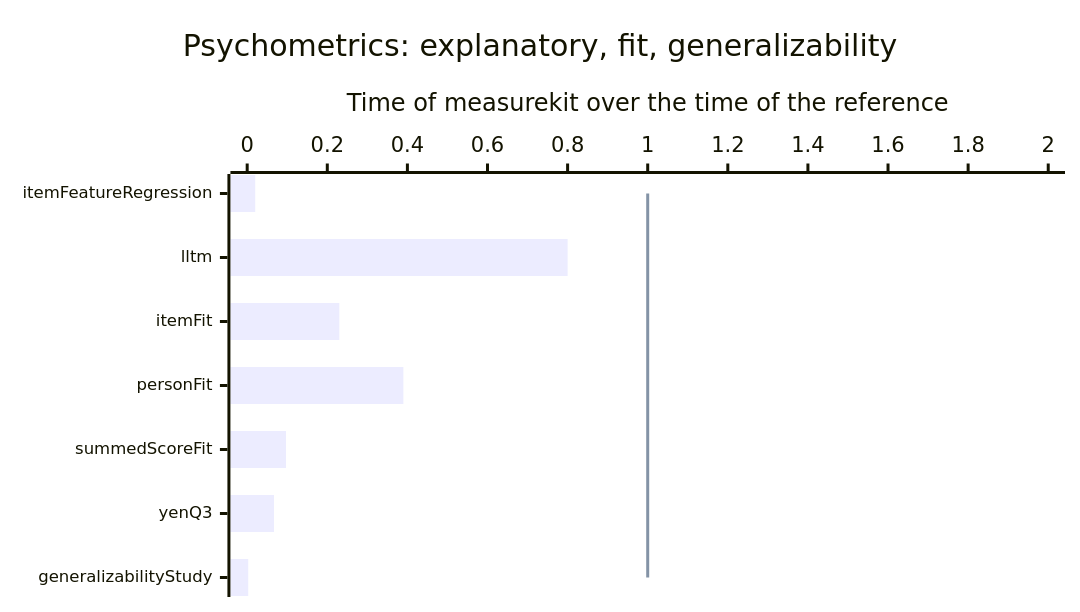
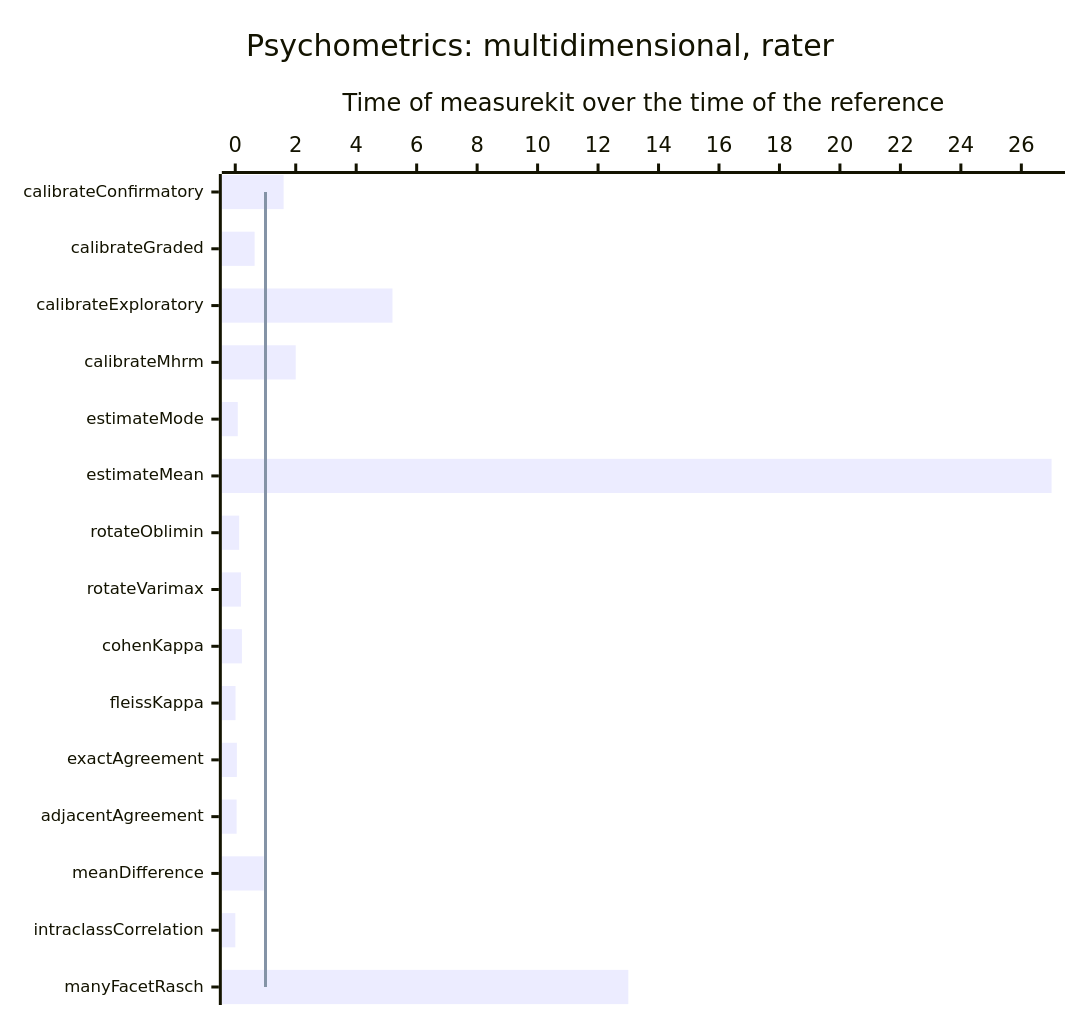
One commit to measurekit/measurekit changed the seventh of 11 diagrams in docs/performance.md. Above: the diagram before and after it, drawn with Mermaid. The commit also changed other lines of this file and 15 other files, not shown here.

Commit message:
Benchmark MH-RM, testlets and rater agreement

````diff
--- a/docs/performance.md
+++ b/docs/performance.md
@@ -73,9 +73,9 @@
 ```mermaid
-%%{init: {"xyChart": {"height": 388, "xAxis": {"labelFontSize": 11}}}}%%
+%%{init: {"xyChart": {"height": 660, "xAxis": {"labelFontSize": 11}}}}%%
 xychart-beta horizontal
-  title "Psychometrics: explanatory, fit, generalizability"
-  x-axis ["itemFeatureRegression", "lltm", "itemFit", "personFit", "summedScoreFit", "yenQ3", "generalizabilityStudy"]
-  y-axis "Time of measurekit over the time of the reference" 0 --> 2
-  bar [0.02, 0.8, 0.23, 0.39, 0.097, 0.067, 0.0026]
-  line [1, 1, 1, 1, 1, 1, 1]
+  title "Psychometrics: multidimensional, rater"
+  x-axis ["calibrateConfirmatory", "calibrateGraded", "calibrateExploratory", "calibrateMhrm", "estimateMode", "estimateMean", "rotateOblimin", "rotateVarimax", "cohenKappa", "fleissKappa", "exactAgreement", "adjacentAgreement", "meanDifference", "intraclassCorrelation", "manyFacetRasch"]
+  y-axis "Time of measurekit over the time of the reference" 0 --> 27
+  bar [1.6, 0.64, 5.2, 2, 0.083, 27, 0.13, 0.19, 0.22, 0.0084, 0.053, 0.045, 0.94, 0.0023, 13]
+  line [1, 1, 1, 1, 1, 1, 1, 1, 1, 1, 1, 1, 1, 1, 1]
 ```
````
